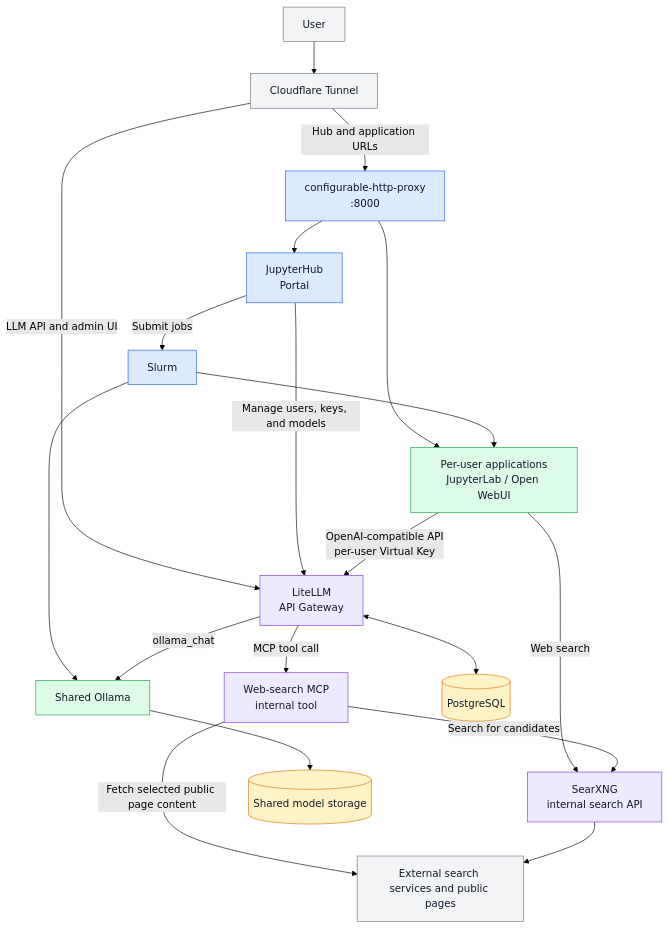
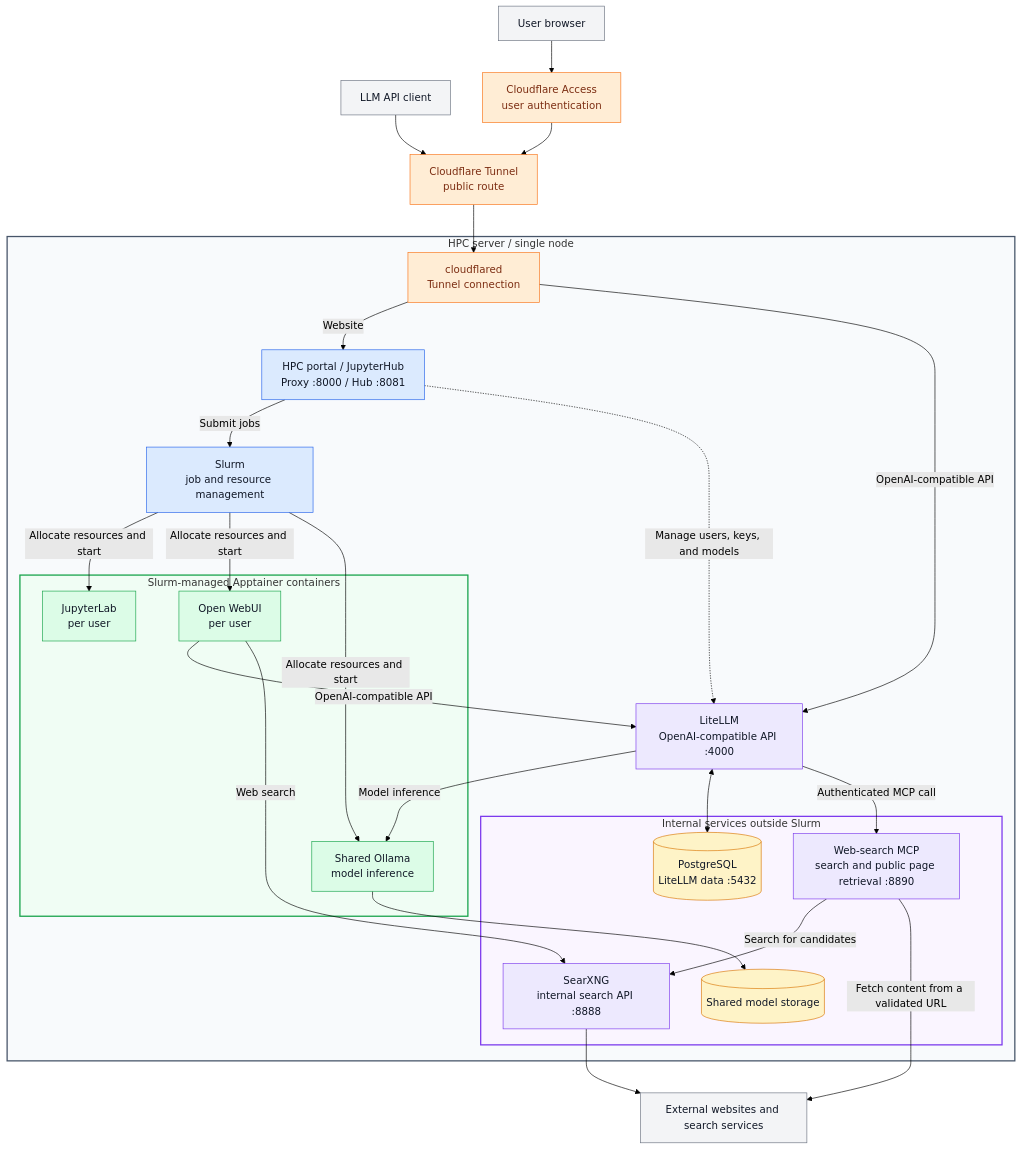
Before and after one commit to koichi2426/HPC-portal: the first of 2 diagrams in README.en.md, drawn with Mermaid (forest theme). The commit also changed other lines of this file and 1 other file, not shown here.

Commit message:
[docs] README構成図を汎用的な階層表示に整理した

````diff
--- a/README.en.md
+++ b/README.en.md
@@ -23,44 +23,66 @@
 ```mermaid
 flowchart TB
-    User[User] --> CF[Cloudflare Tunnel]
-    Proxy[configurable-http-proxy<br/>:8000]
-    JHub[JupyterHub<br/>Portal]
-    Slurm[Slurm]
-    Apps[Per-user applications<br/>JupyterLab / Open WebUI]
-    LiteLLM[LiteLLM<br/>API Gateway]
-    SearchMCP[Web-search MCP<br/>internal tool]
-    SearXNG[SearXNG<br/>internal search API]
-    Ollama[Shared Ollama]
-    DB[(PostgreSQL)]
-    Models[(Shared model storage)]
-    Search[External search services and public pages]
+    Browser["User browser"]
+    APIClient["LLM API client"]
+    Access["Cloudflare Access<br/>user authentication"]
+    Tunnel["Cloudflare Tunnel<br/>public route"]
+    Internet["External websites and search services"]
 
-    CF -->|Hub and application URLs| Proxy
-    CF -->|LLM API and admin UI| LiteLLM
-    Proxy --> JHub
-    Proxy --> Apps
-    JHub -->|Submit jobs| Slurm
-    Slurm --> Apps
-    Slurm --> Ollama
-    JHub -->|Manage users, keys, and models| LiteLLM
-    Apps -->|OpenAI-compatible API<br/>per-user Virtual Key| LiteLLM
-    Apps -->|Web search| SearXNG
-    LiteLLM -->|MCP tool call| SearchMCP
+    Browser --> Access --> Tunnel
+    APIClient --> Tunnel
+
+    subgraph Server["HPC server / single node"]
+        Cloudflared["cloudflared<br/>Tunnel connection"]
+        Portal["HPC portal / JupyterHub<br/>Proxy :8000 / Hub :8081"]
+        Slurm["Slurm<br/>job and resource management"]
+        LiteLLM["LiteLLM<br/>OpenAI-compatible API :4000"]
+
+        subgraph Containers["Slurm-managed Apptainer containers"]
+            Jupyter["JupyterLab<br/>per user"]
+            WebUI["Open WebUI<br/>per user"]
+            Ollama["Shared Ollama<br/>model inference"]
+        end
+
+        subgraph Services["Internal services outside Slurm"]
+            SearchMCP["Web-search MCP<br/>search and public page retrieval :8890"]
+            SearXNG["SearXNG<br/>internal search API :8888"]
+            DB[("PostgreSQL<br/>LiteLLM data :5432")]
+            Models[("Shared model storage")]
+        end
+    end
+
+    Tunnel --> Cloudflared
+    Cloudflared -->|Website| Portal
+    Cloudflared -->|OpenAI-compatible API| LiteLLM
+    Portal -->|Submit jobs| Slurm
+    Slurm -->|Allocate resources and start| Jupyter
+    Slurm -->|Allocate resources and start| WebUI
+    Slurm -->|Allocate resources and start| Ollama
+    Portal -.->|Manage users, keys, and models| LiteLLM
+    WebUI -->|OpenAI-compatible API| LiteLLM
+    LiteLLM -->|Model inference| Ollama
+    LiteLLM <--> DB
+    Ollama --> Models
+    WebUI -->|Web search| SearXNG
+    LiteLLM -->|Authenticated MCP call| SearchMCP
     SearchMCP -->|Search for candidates| SearXNG
-    SearchMCP -->|Fetch selected public page content| Search
-    LiteLLM <--> DB
-    LiteLLM -->|ollama_chat| Ollama
-    Ollama --> Models
-    SearXNG --> Search
+    SearchMCP -->|Fetch content from a validated URL| Internet
+    SearXNG --> Internet
 
     classDef external fill:#f3f4f6,stroke:#6b7280,color:#111827
+    classDef cloudflare fill:#ffedd5,stroke:#f97316,color:#7c2d12
     classDef control fill:#dbeafe,stroke:#2563eb,color:#111827
     classDef workload fill:#dcfce7,stroke:#16a34a,color:#111827
     classDef service fill:#ede9fe,stroke:#7c3aed,color:#111827
     classDef data fill:#fef3c7,stroke:#d97706,color:#111827
-    class User,CF,Search external
-    class Proxy,JHub,Slurm control
-    class Apps,Ollama workload
+    class Browser,APIClient,Internet external
+    class Access,Tunnel,Cloudflared cloudflare
+    class Portal,Slurm control
+    class Jupyter,WebUI,Ollama workload
     class LiteLLM,SearchMCP,SearXNG service
     class DB,Models data
+
+    style Server fill:#f8fafc,stroke:#475569,stroke-width:2px
+    style Containers fill:#f0fdf4,stroke:#16a34a,stroke-width:2px
+    style Services fill:#faf5ff,stroke:#7c3aed,stroke-width:2px
 ```
````
